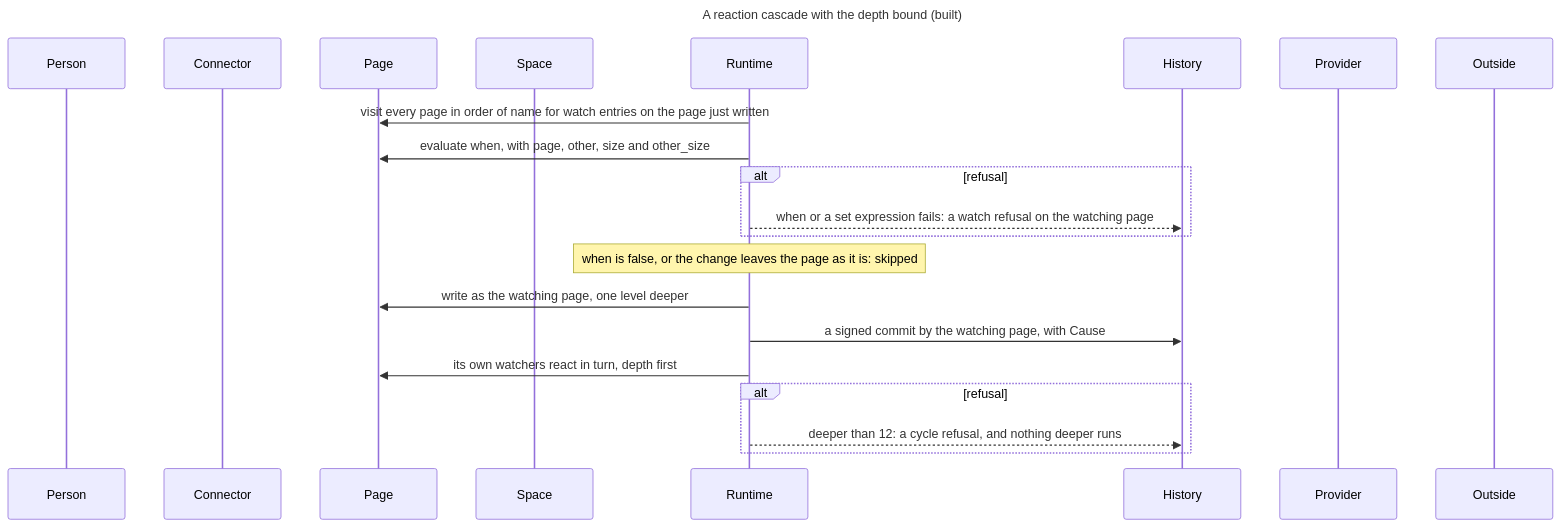
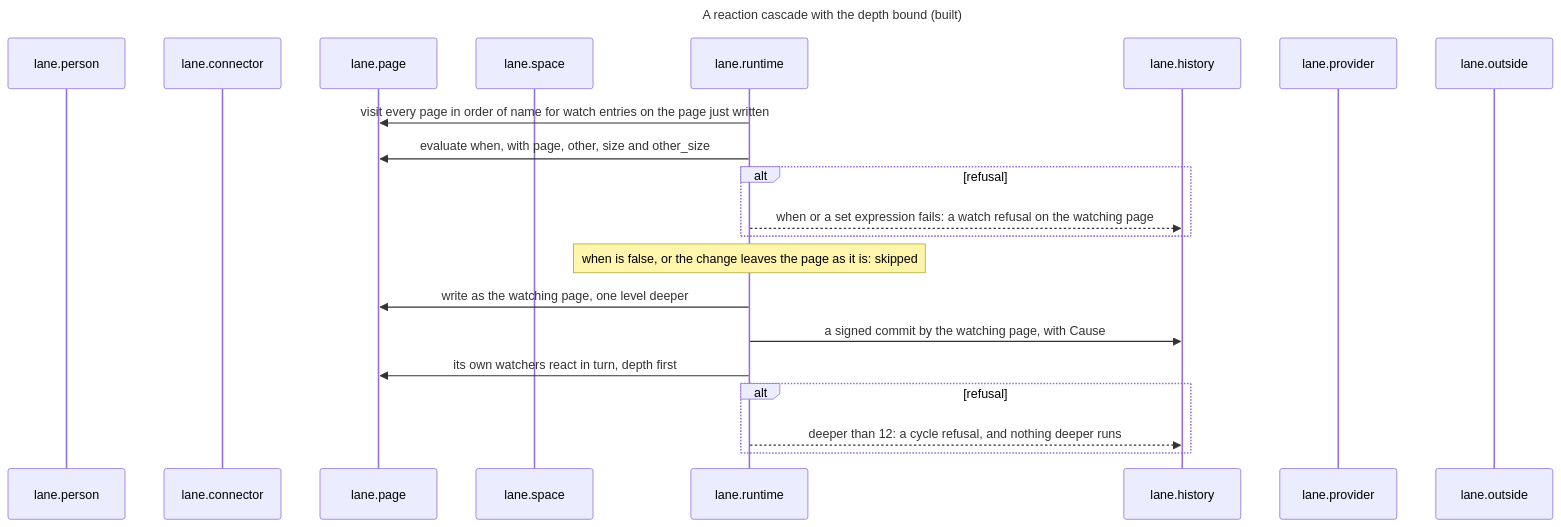
Before and after one commit to drksci/conky: the fourth of 29 diagrams in docs/reference/architecture.md, drawn with Mermaid. The commit also changed other lines of this file and 84 other files, not shown here.

First line of the commit message:
refactor: give every part of the architecture a dotted name

````diff
--- a/docs/reference/architecture.md
+++ b/docs/reference/architecture.md
@@ -333,26 +341,26 @@
 ```mermaid
 ---
 title: A reaction cascade with the depth bound (built)
 ---
 sequenceDiagram
-    participant Person
-    participant Connector
-    participant Page
-    participant Space
-    participant Runtime
-    participant History
-    participant Provider
-    participant Outside
-    Runtime->>Page: visit every page in order of name for watch entries on the page just written
-    Runtime->>Page: evaluate when, with page, other, size and other_size
+    participant lane.person
+    participant lane.connector
+    participant lane.page
+    participant lane.space
+    participant lane.runtime
+    participant lane.history
+    participant lane.provider
+    participant lane.outside
+    lane.runtime->>lane.page: visit every page in order of name for watch entries on the page just written
+    lane.runtime->>lane.page: evaluate when, with page, other, size and other_size
     alt refusal
-        Runtime-->>History: when or a set expression fails: a watch refusal on the watching page
+        lane.runtime-->>lane.history: when or a set expression fails: a watch refusal on the watching page
     end
-    Note over Runtime: when is false, or the change leaves the page as it is: skipped
-    Runtime->>Page: write as the watching page, one level deeper
-    Runtime->>History: a signed commit by the watching page, with Cause
-    Runtime->>Page: its own watchers react in turn, depth first
+    Note over lane.runtime: when is false, or the change leaves the page as it is: skipped
+    lane.runtime->>lane.page: write as the watching page, one level deeper
+    lane.runtime->>lane.history: a signed commit by the watching page, with Cause
+    lane.runtime->>lane.page: its own watchers react in turn, depth first
     alt refusal
-        Runtime-->>History: deeper than 12: a cycle refusal, and nothing deeper runs
+        lane.runtime-->>lane.history: deeper than 12: a cycle refusal, and nothing deeper runs
     end
 ```
````
